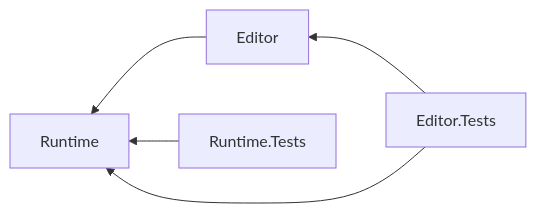
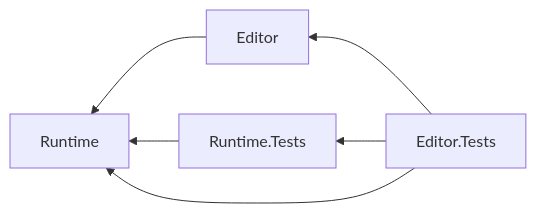
The diagram in README.md (nowsprinting/create-script-folders-with-tests), drawn with Mermaid before and after one commit. The commit also changed 3 other files, not shown here.

Commit message:
Add assembly reference Editor.Tests to Runtime.Tests

````diff
--- a/README.md
+++ b/README.md
@@ -84,8 +84,9 @@
 ```mermaid
 graph RL
     Runtime
     Editor --> Runtime
     Runtime.Tests --> Runtime
     Editor.Tests --> Runtime
     Editor.Tests --> Editor
+    Editor.Tests --> Runtime.Tests
 ```
````
